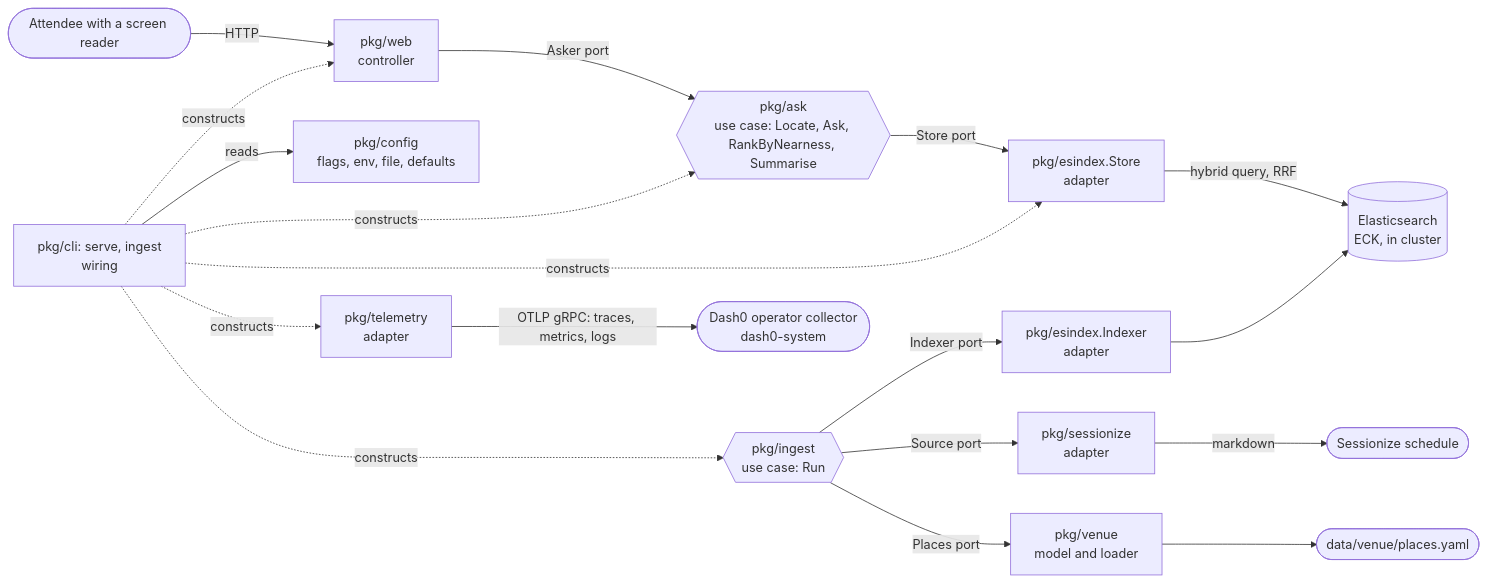
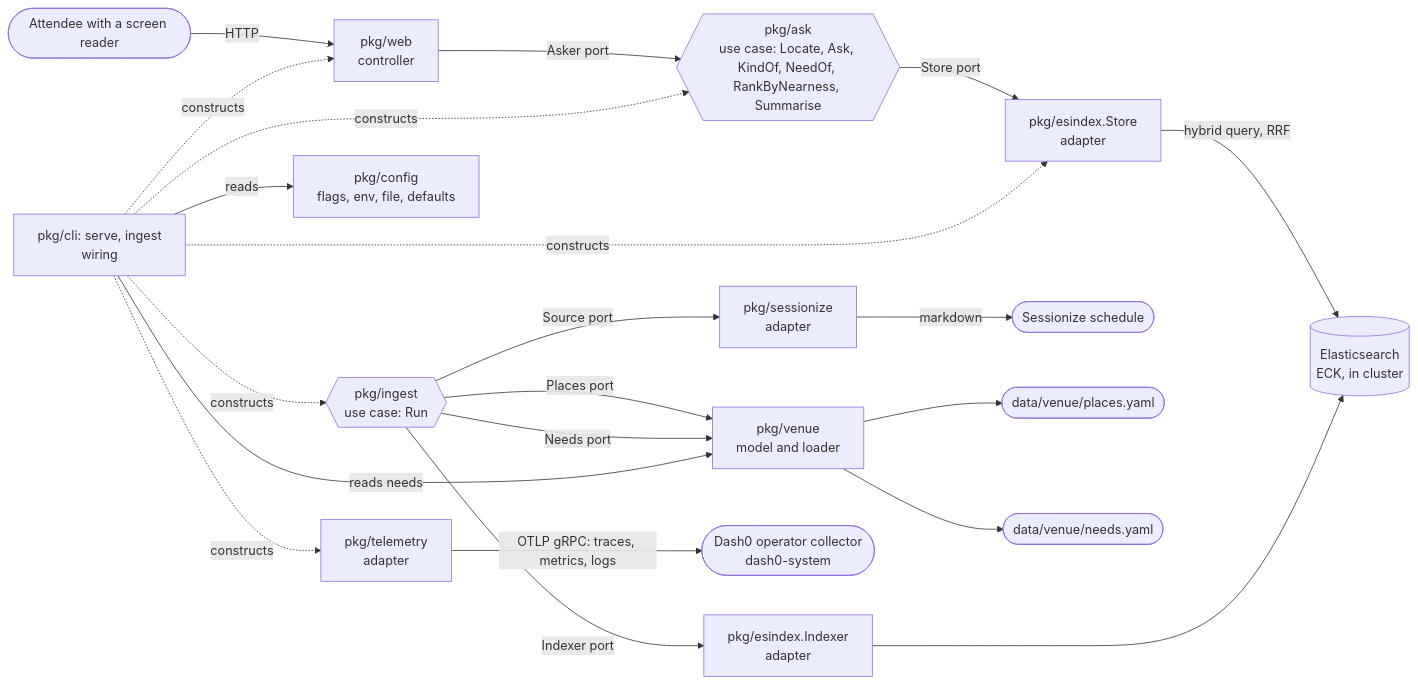
The first of 2 diagrams in docs/architecture.md (auroq/cnh), drawn with Mermaid before and after one commit. The commit also changed other lines of this file and 10 other files, not shown here.

First line of the commit message:
Needs drive the answer: kind word, then need phrase, then semantic match, then hybrid search (item 066)

````diff
--- a/docs/architecture.md
+++ b/docs/architecture.md
@@ -6,20 +6,23 @@
 ```mermaid
 flowchart LR
     attendee([Attendee with a screen reader]) -->|HTTP| web[pkg/web<br/>controller]
-    web -->|Asker port| ask{{pkg/ask<br/>use case: Locate, Ask, RankByNearness, Summarise}}
+    web -->|Asker port| ask{{pkg/ask<br/>use case: Locate, Ask, KindOf, NeedOf, RankByNearness, Summarise}}
     ask -->|Store port| esstore[pkg/esindex.Store<br/>adapter]
     esstore -->|hybrid query, RRF| es[(Elasticsearch<br/>ECK, in cluster)]
     ingest{{pkg/ingest<br/>use case: Run}} -->|Source port| sz[pkg/sessionize<br/>adapter]
     sz -->|markdown| sessionize([Sessionize schedule])
     ingest -->|Places port| venue[pkg/venue<br/>model and loader]
     venue --> yaml([data/venue/places.yaml])
+    ingest -->|Needs port| venue
+    venue --> needs([data/venue/needs.yaml])
+    cli -->|reads needs| venue
     ingest -->|Indexer port| indexer[pkg/esindex.Indexer<br/>adapter]
     indexer --> es
     cli[pkg/cli: serve, ingest<br/>wiring] -.constructs.-> web
     cli -.constructs.-> ask
     cli -.constructs.-> esstore
     cli -.constructs.-> ingest
     cli -->|reads| config[pkg/config<br/>flags, env, file, defaults]
     cli -.constructs.-> tel[pkg/telemetry<br/>adapter]
     tel -->|OTLP gRPC: traces, metrics, logs| dash0([Dash0 operator collector<br/>dash0-system])
 ```
````
